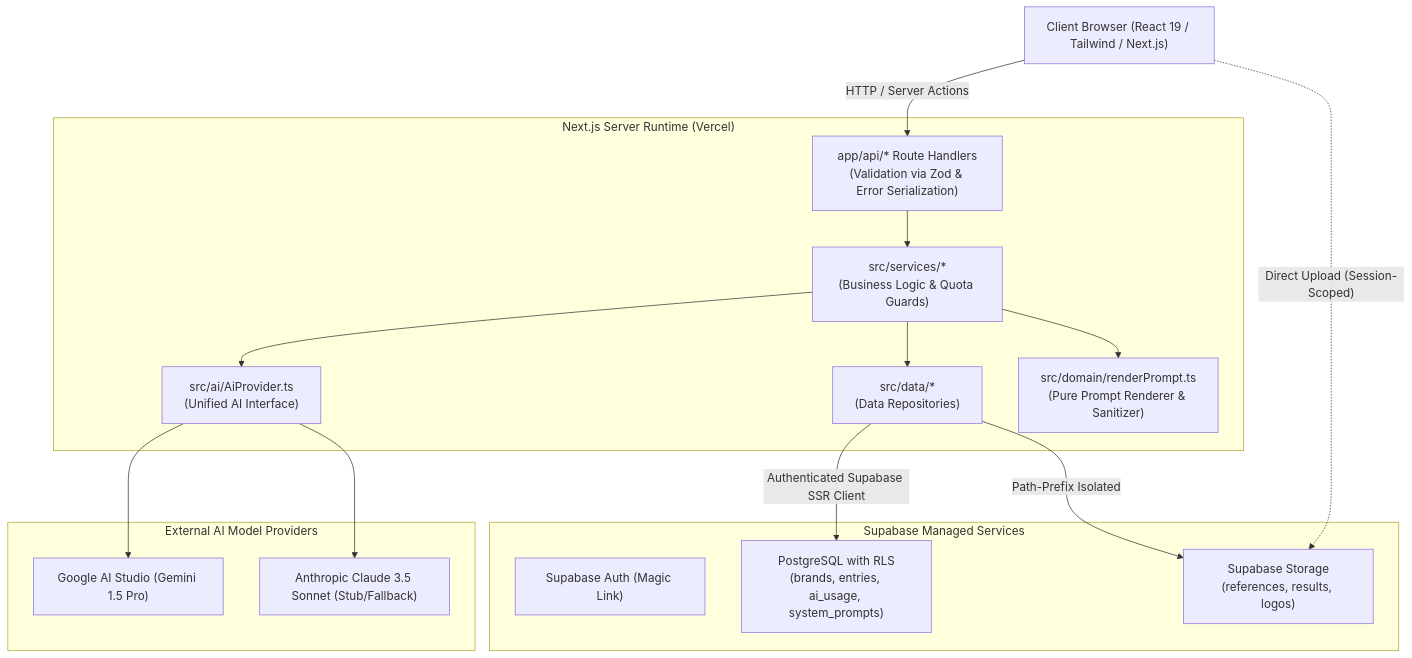
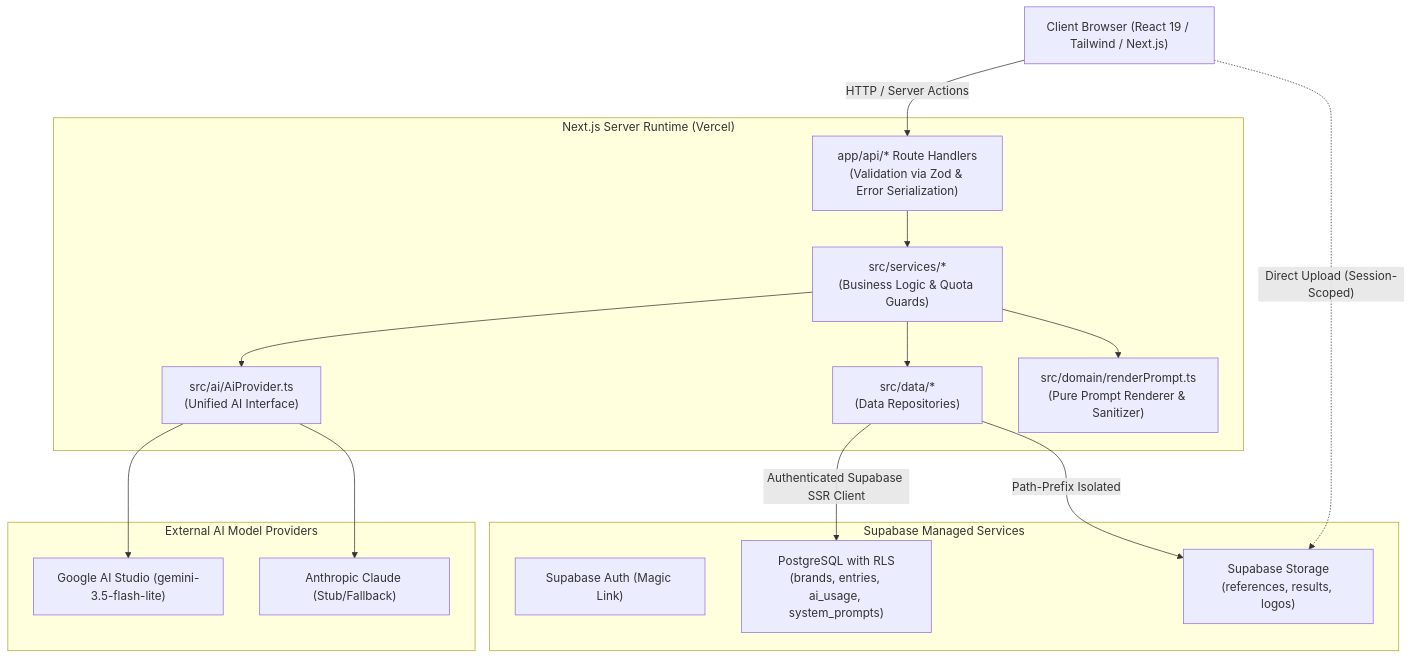
One commit to Hamzaisadev/AnyRef changed the first of 2 diagrams in docs/architecture.md. Above: the diagram before and after it, drawn with Mermaid. The commit also changed other lines of this file and 15 other files, not shown here.

````diff
--- a/docs/architecture.md
+++ b/docs/architecture.md
@@ -11,34 +11,34 @@
 ```mermaid
 flowchart TD
     Client["Client Browser (React 19 / Tailwind / Next.js)"]
     
     subgraph AppServer["Next.js Server Runtime (Vercel)"]
         Routes["app/api/* Route Handlers<br/>(Validation via Zod & Error Serialization)"]
         Services["src/services/*<br/>(Business Logic & Quota Guards)"]
         Repos["src/data/*<br/>(Data Repositories)"]
         AiInterface["src/ai/AiProvider.ts<br/>(Unified AI Interface)"]
         Renderer["src/domain/renderPrompt.ts<br/>(Pure Prompt Renderer & Sanitizer)"]
     end
 
     subgraph SupabasePlatform["Supabase Managed Services"]
         Auth["Supabase Auth (Magic Link)"]
         Postgres["PostgreSQL with RLS<br/>(brands, entries, ai_usage, system_prompts)"]
         Storage["Supabase Storage<br/>(references, results, logos)"]
     end
 
     subgraph ExternalAI["External AI Model Providers"]
-        Gemini["Google AI Studio (Gemini 1.5 Pro)"]
-        Claude["Anthropic Claude 3.5 Sonnet (Stub/Fallback)"]
+        Gemini["Google AI Studio (gemini-3.5-flash-lite)"]
+        Claude["Anthropic Claude (Stub/Fallback)"]
     end
 
     Client -->|"HTTP / Server Actions"| Routes
     Routes --> Services
     Services --> Repos
     Services --> Renderer
     Services --> AiInterface
     AiInterface --> Gemini
     AiInterface --> Claude
     Repos -->|"Authenticated Supabase SSR Client"| Postgres
     Repos -->|"Path-Prefix Isolated"| Storage
     Client -.->|"Direct Upload (Session-Scoped)"| Storage
 ```
````
